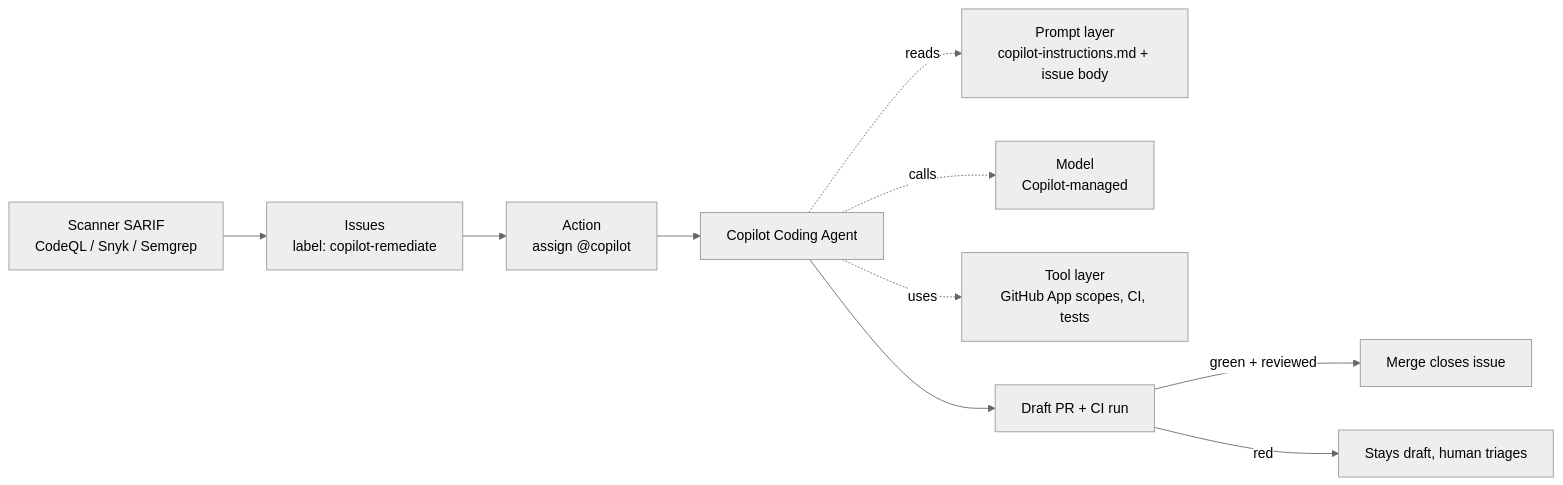
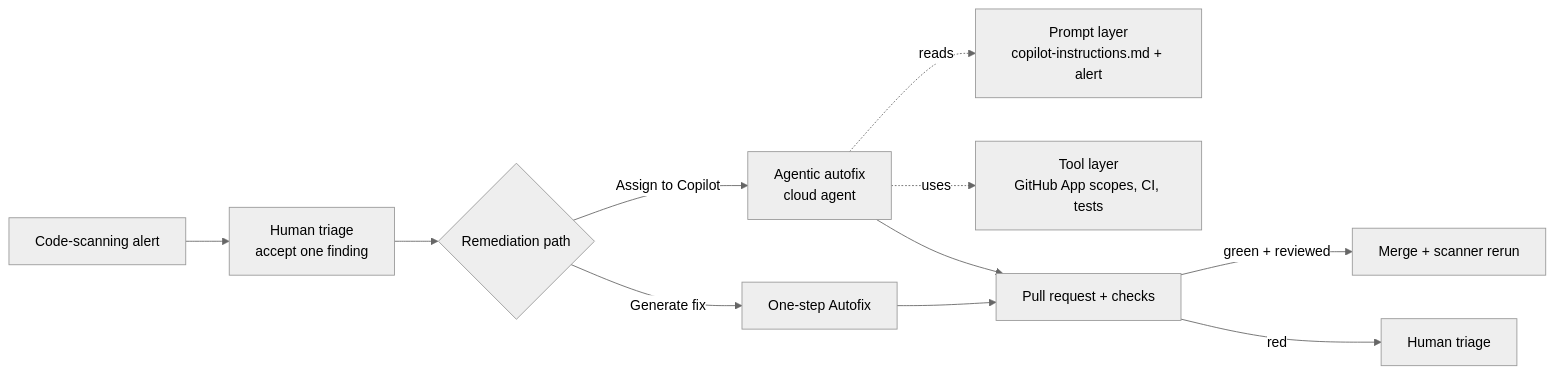
Before and after one commit to stevologic/security-recipes.ai: the diagram in content/github_copilot/_index.md, drawn with Mermaid (neutral theme). The commit also changed other lines of this file and 519 other files, not shown here.

````diff
--- a/content/github_copilot/_index.md
+++ b/content/github_copilot/_index.md
@@ -458,12 +296,13 @@
 ```mermaid
 flowchart LR
-    A[Scanner SARIF<br/>CodeQL / Snyk / Semgrep] --> B[Issues<br/>label: copilot-remediate]
-    B --> C[Action<br/>assign @copilot]
-    C --> D[Copilot Coding Agent]
-    D -.reads.-> P[Prompt layer<br/>copilot-instructions.md + issue body]
-    D -.calls.-> M[Model<br/>Copilot-managed]
+    A[Code-scanning alert] --> B[Human triage<br/>accept one finding]
+    B --> C{Remediation path}
+    C -->|Assign to Copilot| D[Agentic autofix<br/>cloud agent]
+    C -->|Generate fix| E[One-step Autofix]
+    D -.reads.-> P[Prompt layer<br/>copilot-instructions.md + alert]
     D -.uses.-> T[Tool layer<br/>GitHub App scopes, CI, tests]
-    D --> E[Draft PR + CI run]
-    E -->|green + reviewed| F[Merge closes issue]
-    E -->|red| G[Stays draft, human triages]
+    D --> F[Pull request + checks]
+    E --> F
+    F -->|green + reviewed| G[Merge + scanner rerun]
+    F -->|red| H[Human triage]
 ```
````
